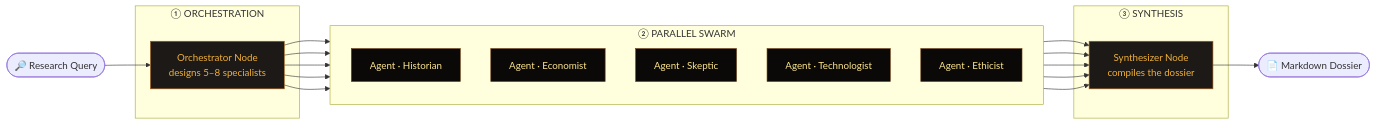
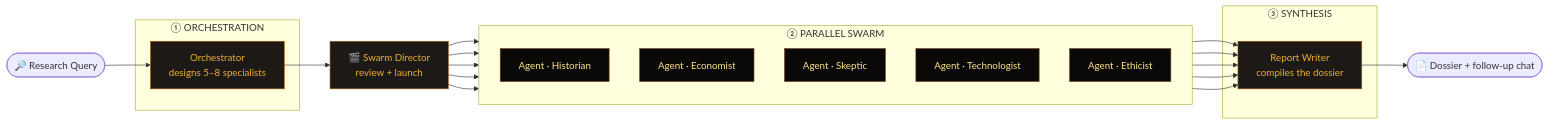
Before and after one commit to rustyorb/cognitive-swarm-engine: the first of 2 diagrams in README.md, drawn with Mermaid. The commit also changed other lines of this file, not shown here.

````diff
--- a/README.md
+++ b/README.md
@@ -53,30 +53,32 @@
 ```mermaid
 flowchart LR
     Q([🔎 Research Query]) --> O
 
     subgraph STAGE1[" ① ORCHESTRATION "]
-        O[Orchestrator Node<br/>designs 5–8 specialists]
+        O[Orchestrator<br/>designs 5–8 specialists]
     end
+
+    O --> R[🎬 Swarm Director<br/>review + launch]
 
     subgraph STAGE2[" ② PARALLEL SWARM "]
         direction TB
         A1[Agent · Historian]
         A2[Agent · Economist]
         A3[Agent · Skeptic]
         A4[Agent · Technologist]
         A5[Agent · Ethicist]
     end
 
     subgraph STAGE3[" ③ SYNTHESIS "]
-        S[Synthesizer Node<br/>compiles the dossier]
+        S[Report Writer<br/>compiles the dossier]
     end
 
-    O --> A1 & A2 & A3 & A4 & A5
+    R --> A1 & A2 & A3 & A4 & A5
     A1 & A2 & A3 & A4 & A5 --> S
-    S --> D([📄 Markdown Dossier])
+    S --> D([📄 Dossier + follow-up chat])
 
     classDef stage fill:#1c1917,stroke:#a45d12,color:#f2b035;
     classDef agent fill:#0b0908,stroke:#6d3d14,color:#fde68a;
-    class O,S stage;
+    class O,S,R stage;
     class A1,A2,A3,A4,A5 agent;
 ```
````
